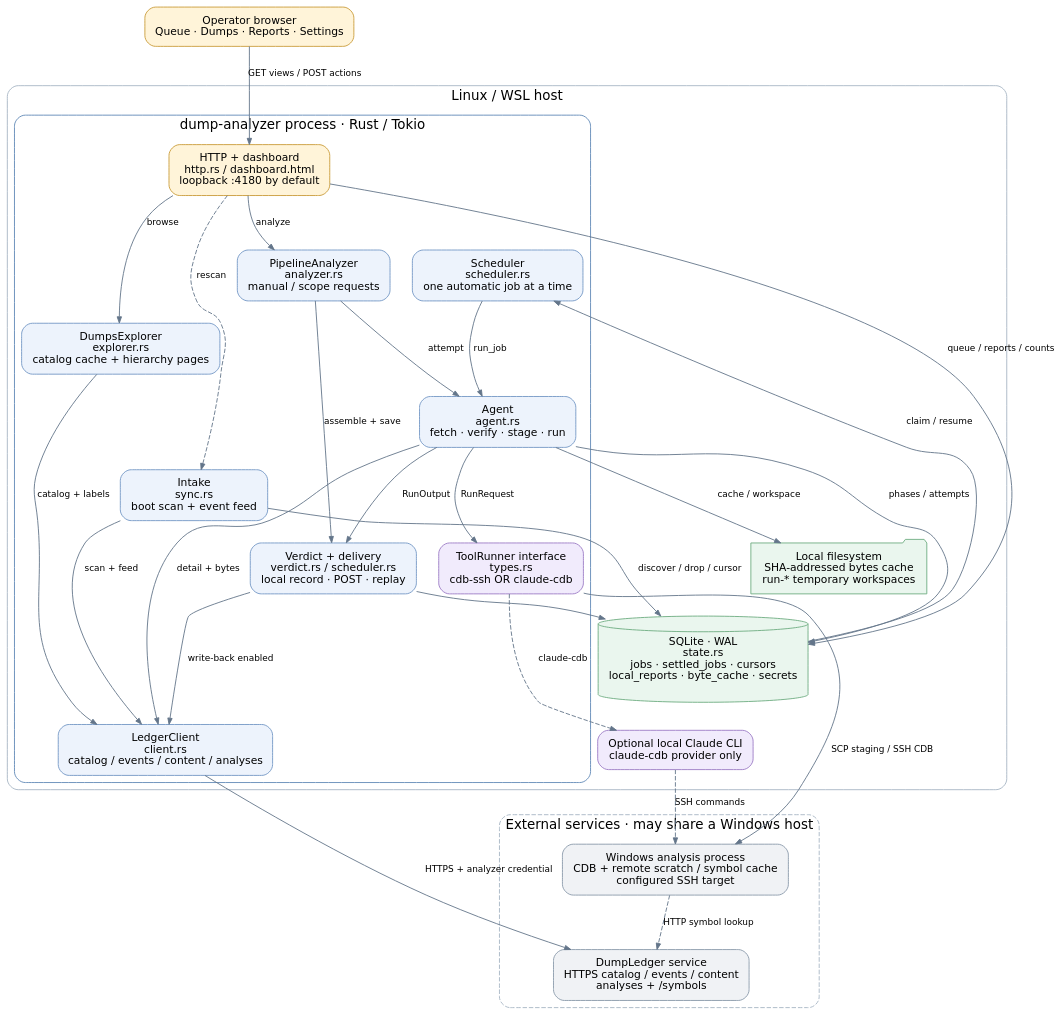
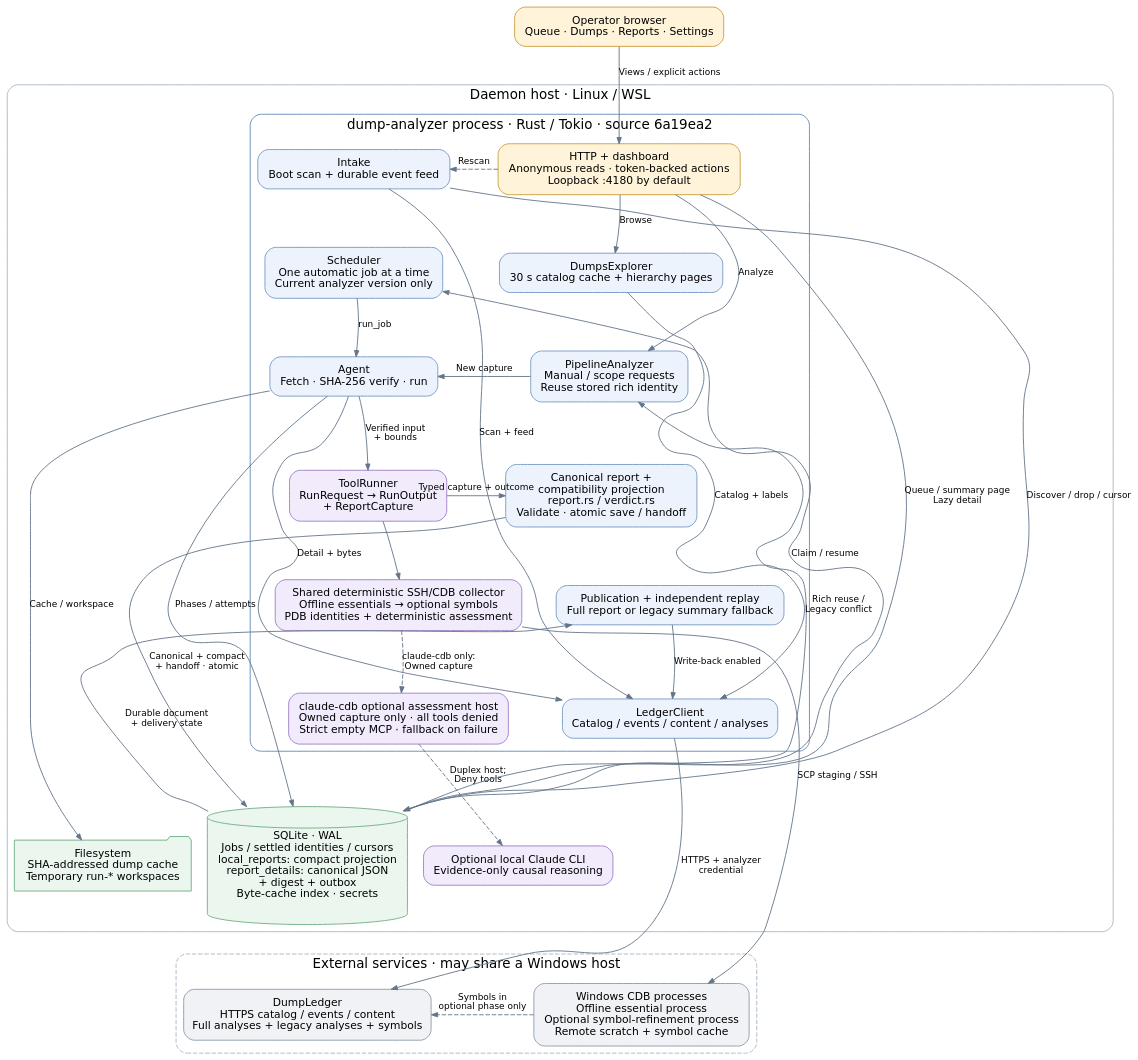
One commit to NzSN/DumpAnalyzer changed the diagram in docs/architecture/blocks.dot. Above: the diagram before and after it, drawn with Graphviz. The commit also changed 24 other files, not shown here.

First line of the commit message:
Docs: refresh architecture and guides for current analyzer behavior

```diff
--- a/docs/architecture/blocks.dot
+++ b/docs/architecture/blocks.dot
@@ -1,53 +1,76 @@
 digraph Blocks {
-  graph [rankdir=TB, bgcolor="transparent", pad="0.25", nodesep="0.35", ranksep="0.7", fontname="DejaVu Sans", fontsize=15, compound=true];
+  graph [rankdir=TB, newrank=true, bgcolor="transparent", pad="0.25", nodesep="0.25", ranksep="0.65", fontname="DejaVu Sans", fontsize=15];
   node [shape=box, style="rounded,filled", fillcolor="#edf3fc", color="#7397c5", fontname="DejaVu Sans", fontsize=12, margin="0.16,0.12"];
-  edge [color="#63758a", fontname="DejaVu Sans", fontsize=10, arrowsize=0.7];
+  edge [color="#63758a", fontname="DejaVu Sans", fontsize=10, arrowsize=0.7, constraint=false];
   browser [label="Operator browser\nQueue · Dumps · Reports · Settings", fillcolor="#fff4d9", color="#c99c39"];
   subgraph cluster_local {
-    label="Linux / WSL host"; color="#a7b5c4"; style="rounded";
+    label="Daemon host · Linux / WSL"; color="#a7b5c4"; style="rounded";
     subgraph cluster_process {
-      label="dump-analyzer process · Rust / Tokio"; color="#6088b6"; style="rounded";
-      http [label="HTTP + dashboard\nhttp.rs / dashboard.html\nloopback :4180 by default", fillcolor="#fff4d9", color="#c99c39"];
-      explorer [label="DumpsExplorer\nexplorer.rs\ncatalog cache + hierarchy pages"];
-      manual [label="PipelineAnalyzer\nanalyzer.rs\nmanual / scope requests"];
-      sync [label="Intake\nsync.rs\nboot scan + event feed"];
-      schedule [label="Scheduler\nscheduler.rs\none automatic job at a time"];
-      agent [label="Agent\nagent.rs\nfetch · verify · stage · run"];
-      verdict [label="Verdict + delivery\nverdict.rs / scheduler.rs\nlocal record · POST · replay"];
-      client [label="LedgerClient\nclient.rs\ncatalog / events / content / analyses"];
-      runner [label="ToolRunner interface\ntypes.rs\ncdb-ssh OR claude-cdb", fillcolor="#f1ebfc", color="#9c7bc5"];
+      label="dump-analyzer process · Rust / Tokio · source 6a19ea2"; color="#6088b6"; style="rounded";
+      http [label="HTTP + dashboard\nAnonymous reads · token-backed actions\nLoopback :4180 by default", fillcolor="#fff4d9", color="#c99c39"];
+      explorer [label="DumpsExplorer\n30 s catalog cache + hierarchy pages"];
+      manual [label="PipelineAnalyzer\nManual / scope requests\nReuse stored rich identity"];
+      sync [label="Intake\nBoot scan + durable event feed"];
+      schedule [label="Scheduler\nOne automatic job at a time\nCurrent analyzer version only"];
+      agent [label="Agent\nFetch · SHA-256 verify · run"];
+      report [label="Canonical report +\ncompatibility projection\nreport.rs / verdict.rs\nValidate · atomic save / handoff"];
+      delivery [label="Publication + independent replay\nFull report or legacy summary fallback"];
+      client [label="LedgerClient\nCatalog / events / content / analyses"];
+      runner [label="ToolRunner\nRunRequest → RunOutput\n+ ReportCapture", fillcolor="#f1ebfc", color="#9c7bc5"];
+      collector [label="Shared deterministic SSH/CDB collector\nOffline essentials → optional symbols\nPDB identities + deterministic assessment", fillcolor="#f1ebfc", color="#9c7bc5"];
+      reasoner [label="claude-cdb optional assessment host\nOwned capture only · all tools denied\nStrict empty MCP · fallback on failure", fillcolor="#f1ebfc", color="#9c7bc5"];
+      { rank=same; http; sync; }
+      { rank=same; explorer; schedule; }
+      { rank=same; manual; agent; }
+      { rank=same; report; runner; }
+      { rank=same; delivery; collector; }
+      { rank=same; client; reasoner; }
+      http -> sync [style=invis, weight=100];
+      explorer -> schedule [style=invis, weight=100];
+      manual -> agent [style=invis, weight=100];
+      report -> runner [style=invis, weight=100];
+      delivery -> collector [style=invis, weight=100];
+      client -> reasoner [style=invis, weight=100];
+      http -> explorer -> manual -> report -> delivery -> client [style=invis, constraint=true, weight=100];
+      sync -> schedule -> agent -> runner -> collector -> reasoner [style=invis, constraint=true, weight=100];
     }
-    db [label="SQLite · WAL\nstate.rs\njobs · settled_jobs · cursors\nlocal_reports · byte_cache · secrets", shape=cylinder, fillcolor="#eaf6ee", color="#6eac81"];
-    disk [label="Local filesystem\nSHA-addressed bytes cache\nrun-* temporary workspaces", shape=folder, fillcolor="#eaf6ee", color="#6eac81"];
-    cli [label="Optional local Claude CLI\nclaude-cdb provider only", fillcolor="#f1ebfc", color="#9c7bc5"];
+    db [label="SQLite · WAL\nJobs / settled identities / cursors\nlocal_reports: compact projection\nreport_details: canonical JSON\n+ digest + outbox\nByte-cache index · secrets", shape=cylinder, fillcolor="#eaf6ee", color="#6eac81"];
+    disk [label="Filesystem\nSHA-addressed dump cache\nTemporary run-* workspaces", shape=folder, fillcolor="#eaf6ee", color="#6eac81"];
+    cli [label="Optional local Claude CLI\nEvidence-only causal reasoning", fillcolor="#f1ebfc", color="#9c7bc5"];
   }
   subgraph cluster_external {
     label="External services · may share a Windows host"; color="#a7b5c4"; style="rounded,dashed";
-    ledger [label="DumpLedger service\nHTTPS catalog / events / content\nanalyses + /symbols", fillcolor="#f0f2f5", color="#8a99aa"];
-    cdb [label="Windows analysis process\nCDB + remote scratch / symbol cache\nconfigured SSH target", fillcolor="#f0f2f5", color="#8a99aa"];
+    ledger [label="DumpLedger\nHTTPS catalog / events / content\nFull analyses + legacy analyses + symbols", fillcolor="#f0f2f5", color="#8a99aa"];
+    cdb [label="Windows CDB processes\nOffline essential process\nOptional symbol-refinement process\nRemote scratch + symbol cache", fillcolor="#f0f2f5", color="#8a99aa"];
   }
-  browser -> http [label="GET views / POST actions"];
-  http -> explorer [label="browse"];
-  http -> manual [label="analyze"];
-  http -> db [label="queue / reports / counts"];
-  http -> sync [label="rescan", style=dashed];
-  manual -> agent [label="attempt"];
+  { rank=same; db; disk; cli; }
+  { rank=same; ledger; cdb; }
+  db -> ledger [style=invis, constraint=true, weight=100];
+  disk -> cdb [style=invis, constraint=true, weight=100];
+  browser -> http [constraint=true, label="Views / explicit actions"];
+  http -> explorer [label="Browse"];
+  http -> manual [label="Analyze"];
+  http -> db [label="Queue / summary page\nLazy detail"];
+  http -> sync [label="Rescan", style=dashed];
+  manual -> agent [label="New capture"];
   schedule -> agent [label="run_job"];
-  sync -> db [label="discover / drop / cursor"];
-  db -> schedule [label="claim / resume"];
-  agent -> db [label="phases / attempts"];
-  agent -> disk [label="cache / workspace"];
-  agent -> runner [label="RunRequest"];
-  agent -> verdict [label="RunOutput"];
-  manual -> verdict [label="assemble + save"];
-  verdict -> db [label="report / settle"];
-  explorer -> client [label="catalog + labels"];
-  sync -> client [label="scan + feed"];
-  agent -> client [label="detail + bytes"];
-  verdict -> client [label="write-back enabled"];
-  client -> ledger [label="HTTPS + analyzer credential"];
-  runner -> cdb [label="SCP staging / SSH CDB"];
-  runner -> cli [label="claude-cdb", style=dashed];
-  cli -> cdb [label="SSH commands", style=dashed];
-  cdb -> ledger [label="HTTP symbol lookup", style=dashed];
+  sync -> db [label="Discover / drop / cursor"];
+  db -> schedule [label="Claim / resume"];
+  db -> manual [label="Rich reuse /\nLegacy conflict"];
+  agent -> db [label="Phases / attempts"];
+  agent -> disk [constraint=true, label="Cache / workspace"];
+  agent -> runner [label="Verified input\n+ bounds"];
+  runner -> collector;
+  collector -> reasoner [label="claude-cdb only:\nOwned capture", style=dashed];
+  reasoner -> cli [constraint=true, label="Duplex host;\nDeny tools", style=dashed];
+  runner -> report [label="Typed capture + outcome"];
+  report -> db [constraint=true, label="Canonical + compact\n+ handoff · atomic"];
+  db -> delivery [label="Durable document\n+ delivery state"];
+  delivery -> client [label="Write-back enabled"];
+  explorer -> client [label="Catalog + labels"];
+  sync -> client [label="Scan + feed"];
+  agent -> client [label="Detail + bytes"];
+  client -> ledger [constraint=true, label="HTTPS + analyzer\ncredential"];
+  collector -> cdb [constraint=true, label="SCP staging / SSH"];
+  cdb -> ledger [label="Symbols in\noptional phase only", style=dashed];
 }
```
